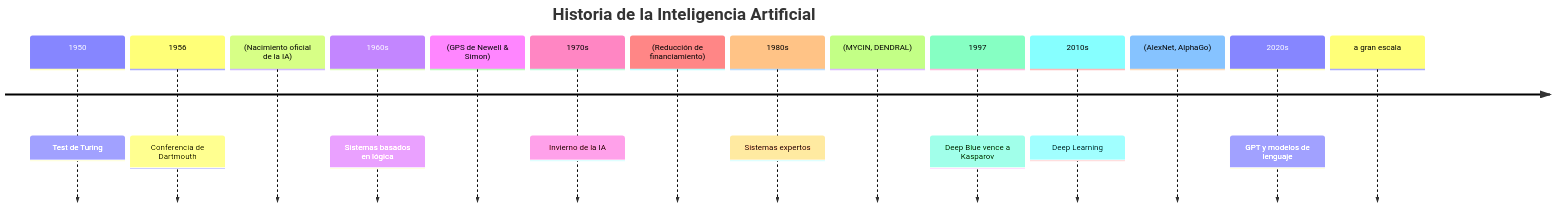
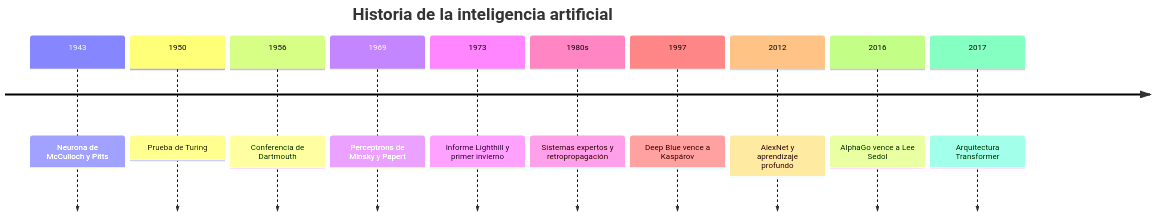
The diagram in public/documents/semester-6/2/6211.md (djaimej/computer-science-template), drawn with Mermaid before and after one commit. The commit also changed other lines of this file and 1 other file, not shown here.

First line of the commit message:
Semestre 6: revisión de Inteligencia Artificial, tema 1

````diff
--- a/public/documents/semester-6/2/6211.md
+++ b/public/documents/semester-6/2/6211.md
@@ -18,18 +33,14 @@
 ```mermaid
 timeline
-    title Historia de la Inteligencia Artificial
-    1950 : Test de Turing
+    title Historia de la inteligencia artificial
+    1943 : Neurona de McCulloch y Pitts
+    1950 : Prueba de Turing
     1956 : Conferencia de Dartmouth
-           (Nacimiento oficial de la IA)
-    1960s : Sistemas basados en lógica
-            (GPS de Newell & Simon)
-    1970s : Invierno de la IA
-            (Reducción de financiamiento)
-    1980s : Sistemas expertos
-            (MYCIN, DENDRAL)
-    1997 : Deep Blue vence a Kasparov
-    2010s : Deep Learning
-            (AlexNet, AlphaGo)
-    2020s : GPT y modelos de lenguaje
-            a gran escala
+    1969 : Perceptrons de Minsky y Papert
+    1973 : Informe Lighthill y primer invierno
+    1980s : Sistemas expertos y retropropagación
+    1997 : Deep Blue vence a Kaspárov
+    2012 : AlexNet y aprendizaje profundo
+    2016 : AlphaGo vence a Lee Sedol
+    2017 : Arquitectura Transformer
 ```
````
